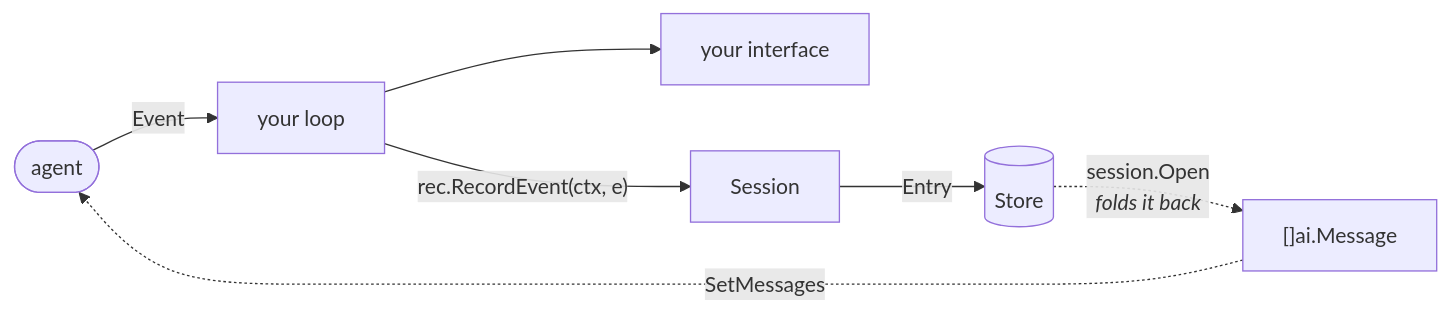
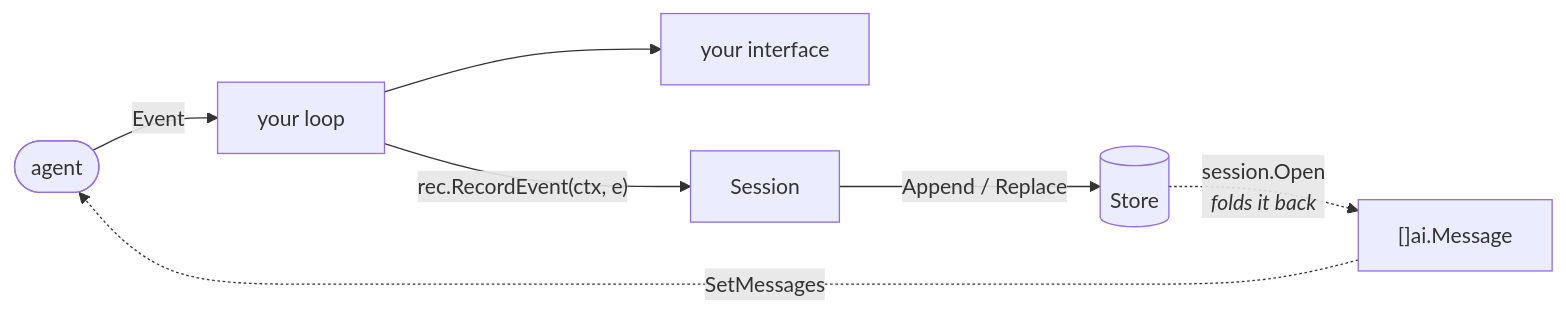
The third of 3 diagrams in README.md (genai-io/sdk-go), drawn with Mermaid before and after one commit. The commit also changed 16 other files, not shown here.

````diff
--- a/README.md
+++ b/README.md
@@ -484,9 +484,9 @@
 ```mermaid
 flowchart LR
     agent(["agent"]) -->|"Event"| loop["your loop"]
     loop --> ui["your interface"]
     loop -->|"rec.RecordEvent(ctx, e)"| rec["Session"]
-    rec -->|"Entry"| store[("Store")]
+    rec -->|"Append / Replace"| store[("Store")]
     store -.->|"session.Open<br/><i>folds it back</i>"| hist["[]ai.Message"]
     hist -.->|"SetMessages"| agent
 ```
````
